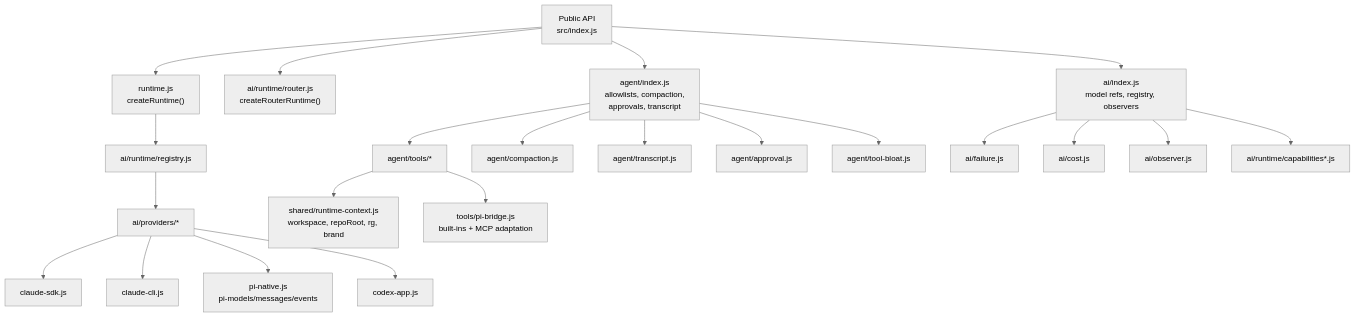
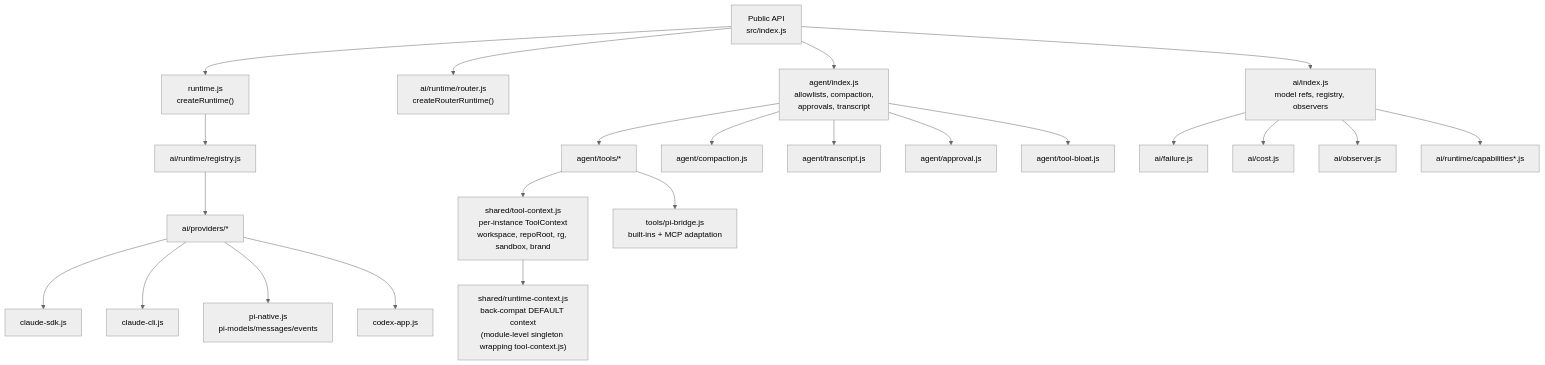
Before and after one commit to robertsreberski/mono-agent: the fourth of 5 diagrams in packages/agent-runtime/ARCHITECTURE.md, drawn with Mermaid (neutral theme). The commit also changed other lines of this file and 13 other files, not shown here.

````diff
--- a/packages/agent-runtime/ARCHITECTURE.md
+++ b/packages/agent-runtime/ARCHITECTURE.md
@@ -131,29 +131,30 @@
 ```mermaid
 flowchart TB
   Public["Public API<br/>src/index.js"] --> RuntimeFactory["runtime.js<br/>createRuntime()"]
   Public --> Router["ai/runtime/router.js<br/>createRouterRuntime()"]
   Public --> AIExports["ai/index.js<br/>model refs, registry, observers"]
   Public --> AgentExports["agent/index.js<br/>allowlists, compaction,<br/>approvals, transcript"]
 
   RuntimeFactory --> Registry["ai/runtime/registry.js"]
   Registry --> Providers["ai/providers/*"]
 
   Providers --> Claude["claude-sdk.js"]
   Providers --> ClaudeCode["claude-cli.js"]
   Providers --> Pi["pi-native.js<br/>pi-models/messages/events"]
   Providers --> Codex["codex-app.js"]
 
   AgentExports --> Tools["agent/tools/*"]
-  Tools --> ToolRuntime["shared/runtime-context.js<br/>workspace, repoRoot, rg, brand"]
+  Tools --> ToolContext["shared/tool-context.js<br/>per-instance ToolContext<br/>workspace, repoRoot, rg, sandbox, brand"]
+  ToolContext --> ToolRuntime["shared/runtime-context.js<br/>back-compat DEFAULT context<br/>(module-level singleton wrapping tool-context.js)"]
   Tools --> PiBridge["tools/pi-bridge.js<br/>built-ins + MCP adaptation"]
 
   AgentExports --> Compaction["agent/compaction.js"]
   AgentExports --> Transcript["agent/transcript.js"]
   AgentExports --> Approval["agent/approval.js"]
   AgentExports --> Bloat["agent/tool-bloat.js"]
 
   AIExports --> Failure["ai/failure.js"]
   AIExports --> Cost["ai/cost.js"]
   AIExports --> Observer["ai/observer.js"]
   AIExports --> Capabilities["ai/runtime/capabilities*.js"]
 ```
````
